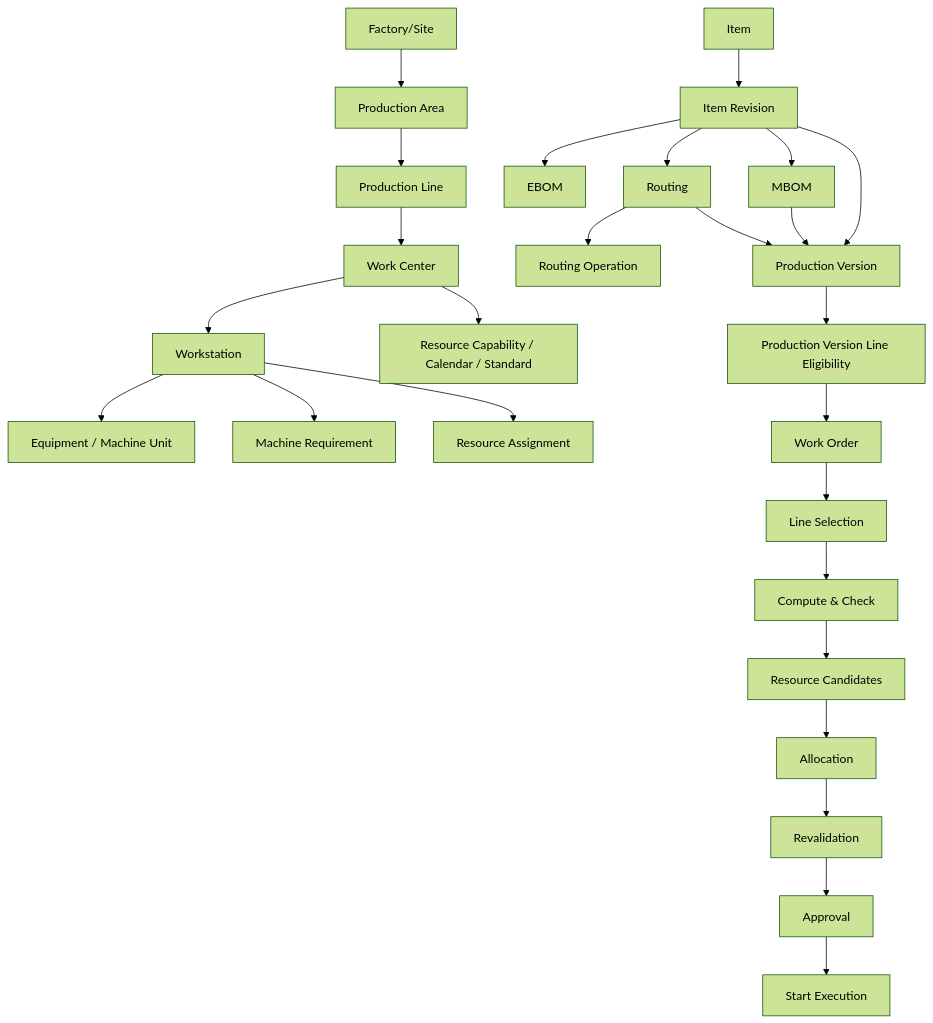
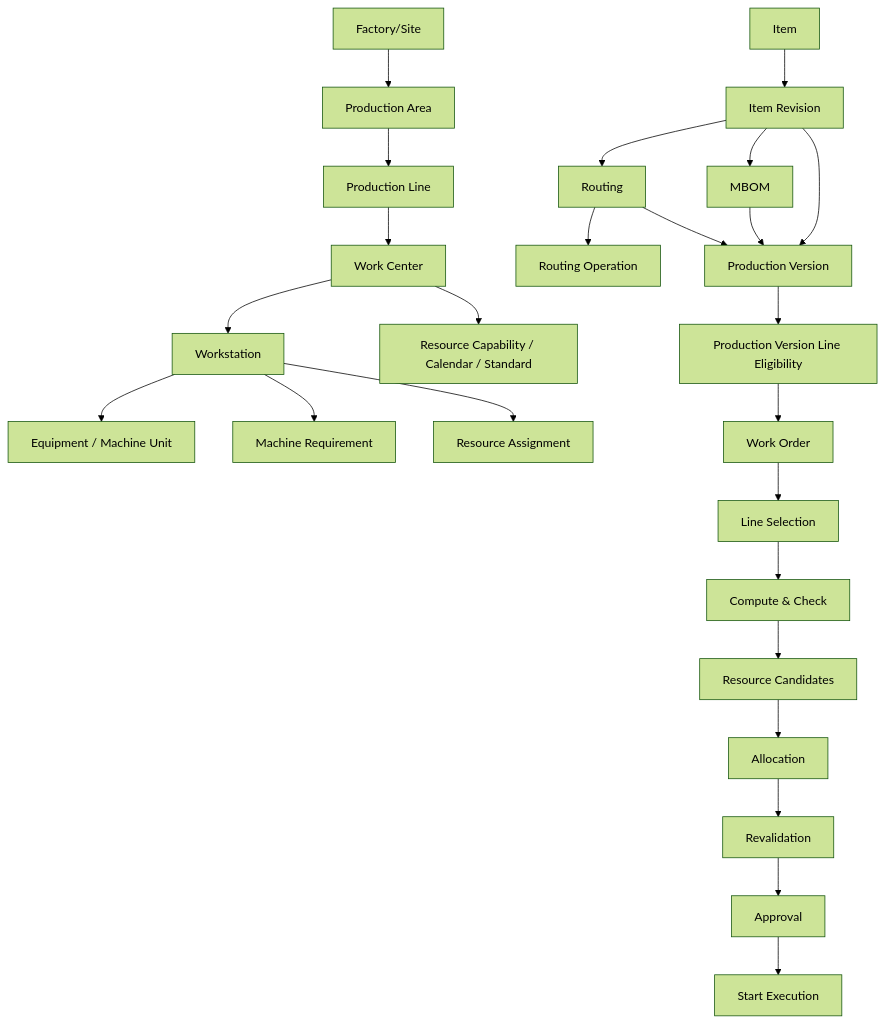
One commit to hoabui-dot/mes-ricoh-system changed the diagram in docs/testing/MES-CONSOLE-TWO-LINE-FULL-FEATURE-GUIDE-AND-UAT-VI.md. Above: the diagram before and after it, drawn with Mermaid (forest theme). The commit also changed other lines of this file and 495 other files, not shown here.

````diff
--- a/docs/testing/MES-CONSOLE-TWO-LINE-FULL-FEATURE-GUIDE-AND-UAT-VI.md
+++ b/docs/testing/MES-CONSOLE-TWO-LINE-FULL-FEATURE-GUIDE-AND-UAT-VI.md
@@ -59,28 +58,27 @@
 ```mermaid
 flowchart TD
   A[Factory/Site] --> B[Production Area]
   B --> C[Production Line]
   C --> D[Work Center]
   D --> E[Workstation]
   E --> F[Equipment / Machine Unit]
   E --> G[Machine Requirement]
   E --> H[Resource Assignment]
   D --> I[Resource Capability / Calendar / Standard]
   J[Item] --> K[Item Revision]
-  K --> L[EBOM]
   K --> M[MBOM]
   K --> N[Routing]
   N --> O[Routing Operation]
   K --> P[Production Version]
   M --> P
   N --> P
   P --> Q[Production Version Line Eligibility]
   Q --> R[Work Order]
   R --> S[Line Selection]
   S --> T[Compute & Check]
   T --> U[Resource Candidates]
   U --> V[Allocation]
   V --> W[Revalidation]
   W --> X[Approval]
   X --> Y[Start Execution]
 ```
````
